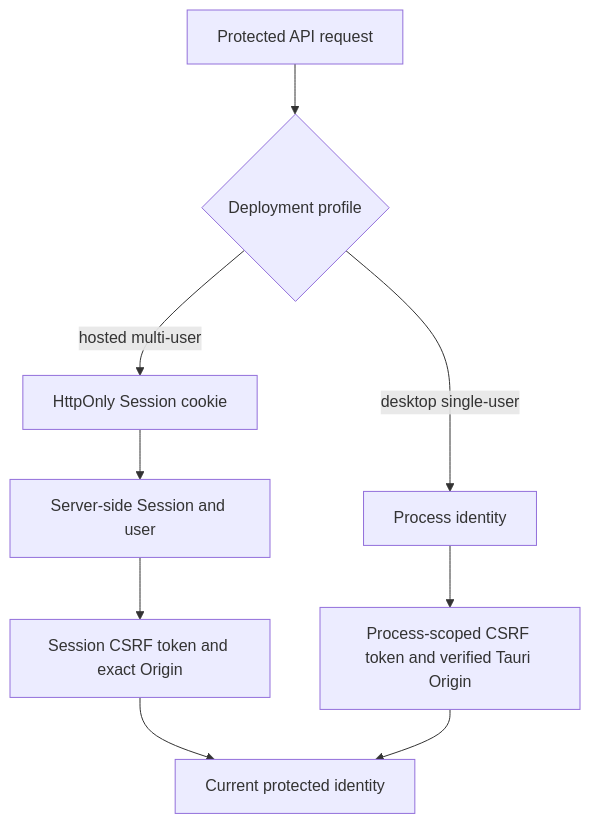
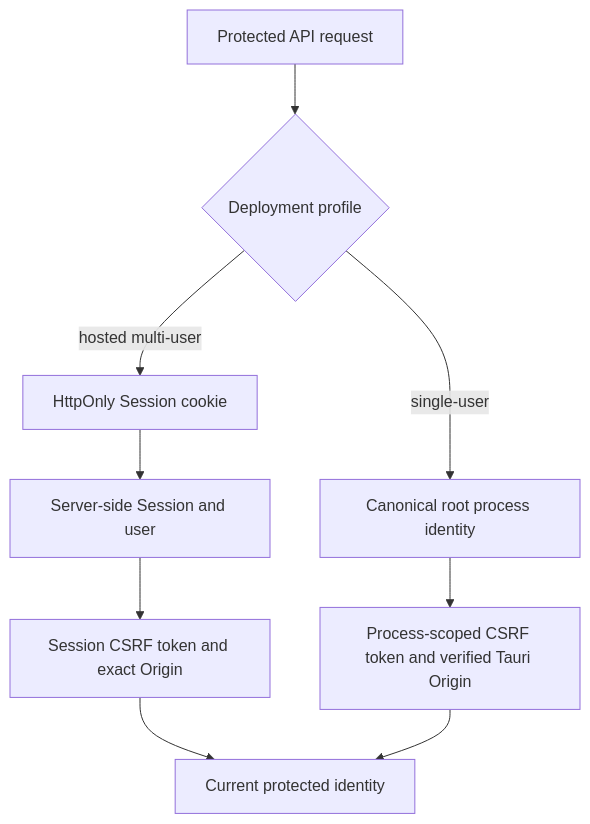
One commit to Australian-Text-Analytics-Platform/ldaca_web_app changed the diagram in docs/domain/identity-and-sessions.md. Above: the diagram before and after it, drawn with Mermaid. The commit also changed other lines of this file and 47 other files, not shown here.

````diff
--- a/docs/domain/identity-and-sessions.md
+++ b/docs/domain/identity-and-sessions.md
@@ -6,14 +6,14 @@
 ```mermaid
 flowchart TB
     REQUEST["Protected API request"] --> PROFILE{"Deployment profile"}
 
     PROFILE -->|"hosted multi-user"| COOKIE["HttpOnly Session cookie"]
     COOKIE --> SESSION["Server-side Session and user"]
     SESSION --> HOSTED_PROOF["Session CSRF token and exact Origin"]
 
-    PROFILE -->|"desktop single-user"| PROCESS["Process identity"]
+    PROFILE -->|"single-user"| PROCESS["Canonical root process identity"]
     PROCESS --> DESKTOP_PROOF["Process-scoped CSRF token and verified Tauri Origin"]
 
     HOSTED_PROOF --> AUTHORIZED["Current protected identity"]
     DESKTOP_PROOF --> AUTHORIZED
 ```
````
